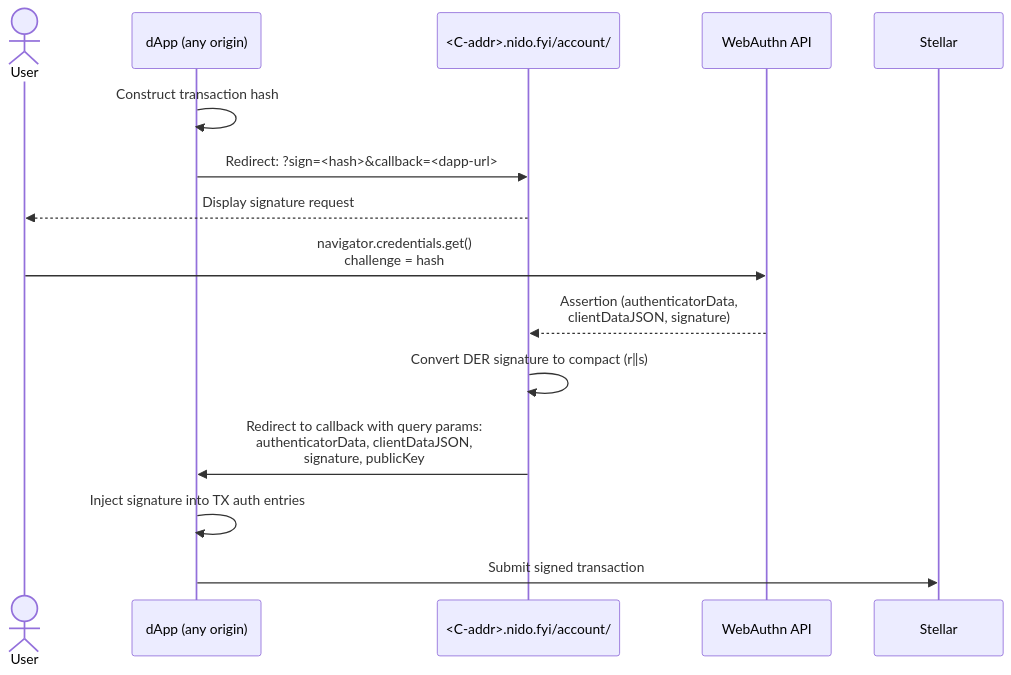
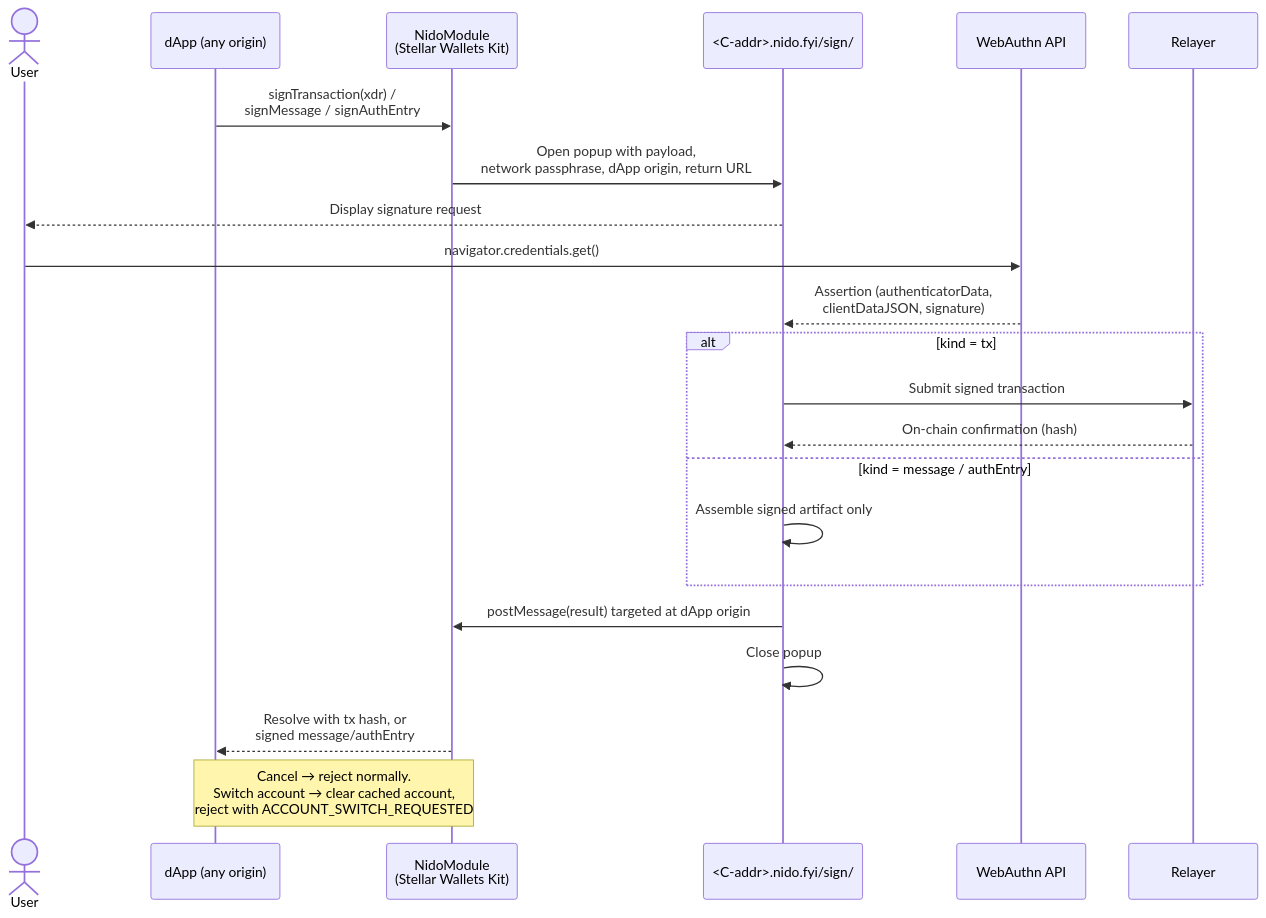
Before and after one commit to nidohq/nido: the third of 5 diagrams in ARCHITECTURE.md, drawn with Mermaid. The commit also changed other lines of this file, not shown here.

Commit message:
WIP Claude architecture.md update: 6. Architecture Diagrams

````diff
--- a/ARCHITECTURE.md
+++ b/ARCHITECTURE.md
@@ -216,20 +256,29 @@
 ```mermaid
 sequenceDiagram
     actor User
     participant dApp as dApp (any origin)
-    participant Wallet as <C-addr>.nido.fyi/account/
+    participant Module as NidoModule<br/>(Stellar Wallets Kit)
+    participant Popup as <C-addr>.nido.fyi/sign/
     participant WebAuthn as WebAuthn API
+    participant Relayer as Relayer
 
-    dApp->>dApp: Construct transaction hash
-    dApp->>Wallet: Redirect: ?sign=<hash>&callback=<dapp-url>
+    dApp->>Module: signTransaction(xdr) /<br/>signMessage / signAuthEntry
+    Module->>Popup: Open popup with payload,<br/>network passphrase, dApp origin, return URL
 
-    Wallet-->>User: Display signature request
-    User->>WebAuthn: navigator.credentials.get()<br/>challenge = hash
-    WebAuthn-->>Wallet: Assertion (authenticatorData,<br/>clientDataJSON, signature)
+    Popup-->>User: Display signature request
+    User->>WebAuthn: navigator.credentials.get()
+    WebAuthn-->>Popup: Assertion (authenticatorData,<br/>clientDataJSON, signature)
 
-    Wallet->>Wallet: Convert DER signature to compact (r‖s)
-    Wallet->>dApp: Redirect to callback with query params:<br/>authenticatorData, clientDataJSON,<br/>signature, publicKey
+    alt kind = tx
+        Popup->>Relayer: Submit signed transaction
+        Relayer-->>Popup: On-chain confirmation (hash)
+    else kind = message / authEntry
+        Popup->>Popup: Assemble signed artifact only
+    end
 
-    dApp->>dApp: Inject signature into TX auth entries
-    dApp->>Stellar: Submit signed transaction
+    Popup->>Module: postMessage(result) targeted at dApp origin
+    Popup->>Popup: Close popup
+    Module-->>dApp: Resolve with tx hash, or<br/>signed message/authEntry
+
+    Note over Module,dApp: Cancel → reject normally.<br/>Switch account → clear cached account,<br/>reject with ACCOUNT_SWITCH_REQUESTED
 ```
````
